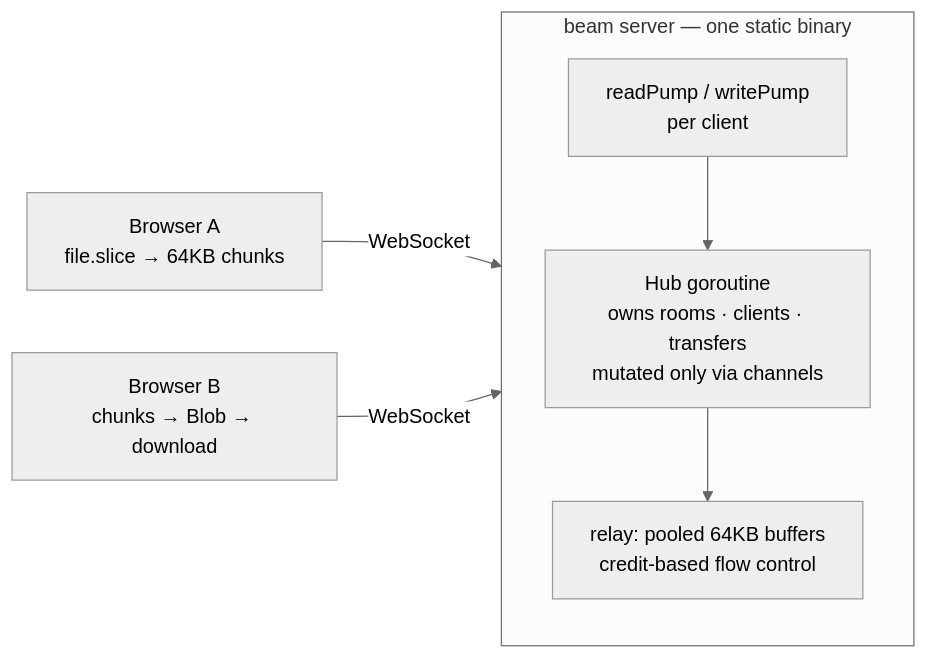
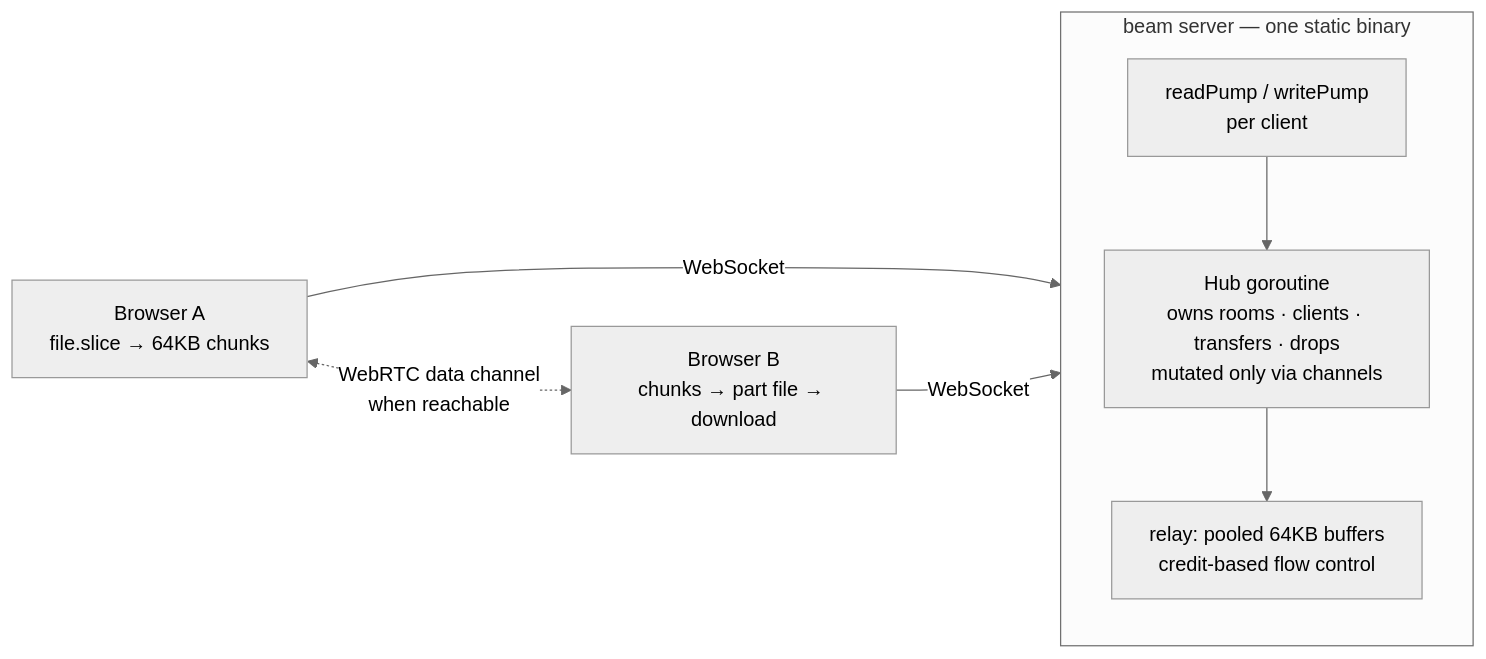
One commit to TamerlanK/beam changed the diagram in README.md. Above: the diagram before and after it, drawn with Mermaid (neutral theme). The commit also changed other lines of this file and 1 other file, not shown here.

````diff
--- a/README.md
+++ b/README.md
@@ -50,10 +114,11 @@
 ```mermaid
 flowchart LR
     A[Browser A<br/>file.slice → 64KB chunks] -- WebSocket --> S
-    B[Browser B<br/>chunks → Blob → download] -- WebSocket --> S
+    B[Browser B<br/>chunks → part file → download] -- WebSocket --> S
+    A <-. WebRTC data channel<br/>when reachable .-> B
     subgraph S [beam server — one static binary]
         WS[readPump / writePump<br/>per client] --> H
-        H[Hub goroutine<br/>owns rooms · clients · transfers<br/>mutated only via channels]
+        H[Hub goroutine<br/>owns rooms · clients · transfers · drops<br/>mutated only via channels]
         H --> R[relay: pooled 64KB buffers<br/>credit-based flow control]
     end
 ```
````
